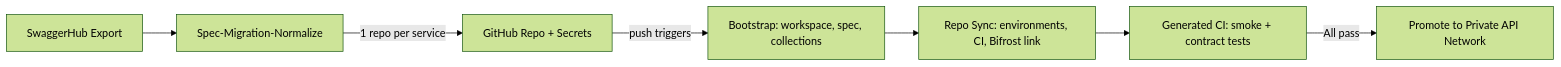
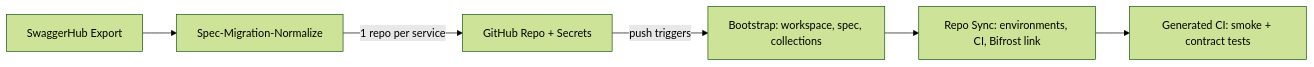
One commit to shivemind/Cust-LIFE360-pipeline changed the second of 2 diagrams in README.md. Above: the diagram before and after it, drawn with Mermaid (forest theme). The commit also changed other lines of this file and 27 other files, not shown here.

````diff
--- a/README.md
+++ b/README.md
@@ -70,9 +68,8 @@
 ```mermaid
 flowchart LR
     EXPORT["SwaggerHub Export"] --> NORM["Spec-Migration-Normalize"]
     NORM -->|"1 repo per service"| REPO["GitHub Repo + Secrets"]
     REPO -->|push triggers| BOOT["Bootstrap: workspace, spec, collections"]
     BOOT --> SYNC["Repo Sync: environments, CI, Bifrost link"]
     SYNC --> CI["Generated CI: smoke + contract tests"]
-    CI -->|All pass| PAN["Promote to Private API Network"]
 ```
````
